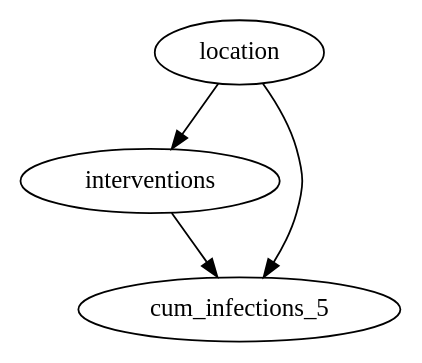
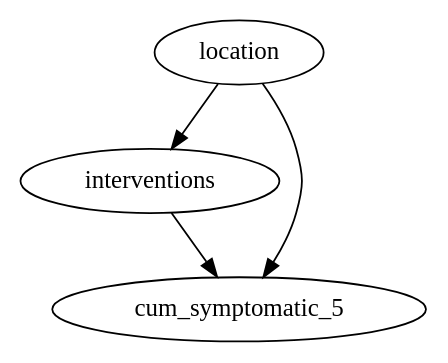
The diagram in scenarios/compare_vaccines/dags/simple_confounding_dag.dot (CITCOM-project/causcumber), drawn with Graphviz before and after one commit. The commit also changed 1 other file, not shown here.

```diff
--- a/scenarios/compare_vaccines/dags/simple_confounding_dag.dot
+++ b/scenarios/compare_vaccines/dags/simple_confounding_dag.dot
@@ -1,5 +1,5 @@
 digraph DAG {
     location -> interventions;
-    location -> cum_infections_5;
-    interventions -> cum_infections_5;
+    location -> cum_symptomatic_5;
+    interventions -> cum_symptomatic_5;
 }
```
